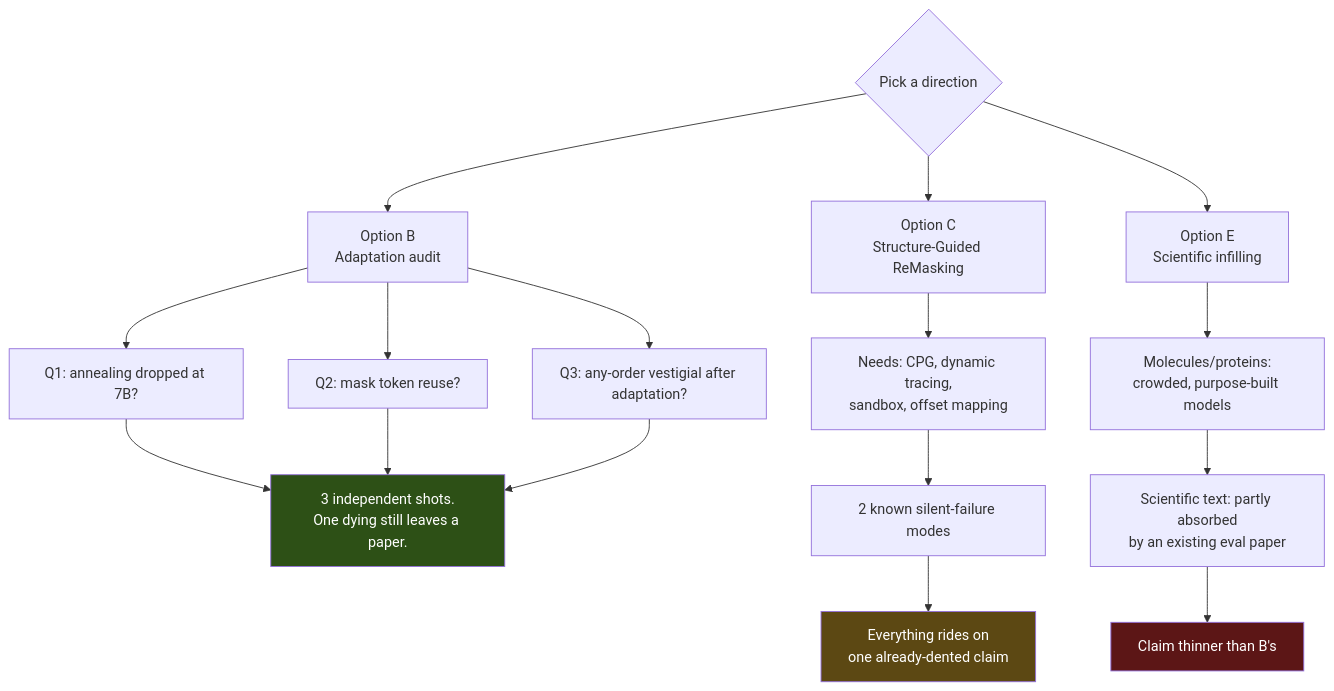
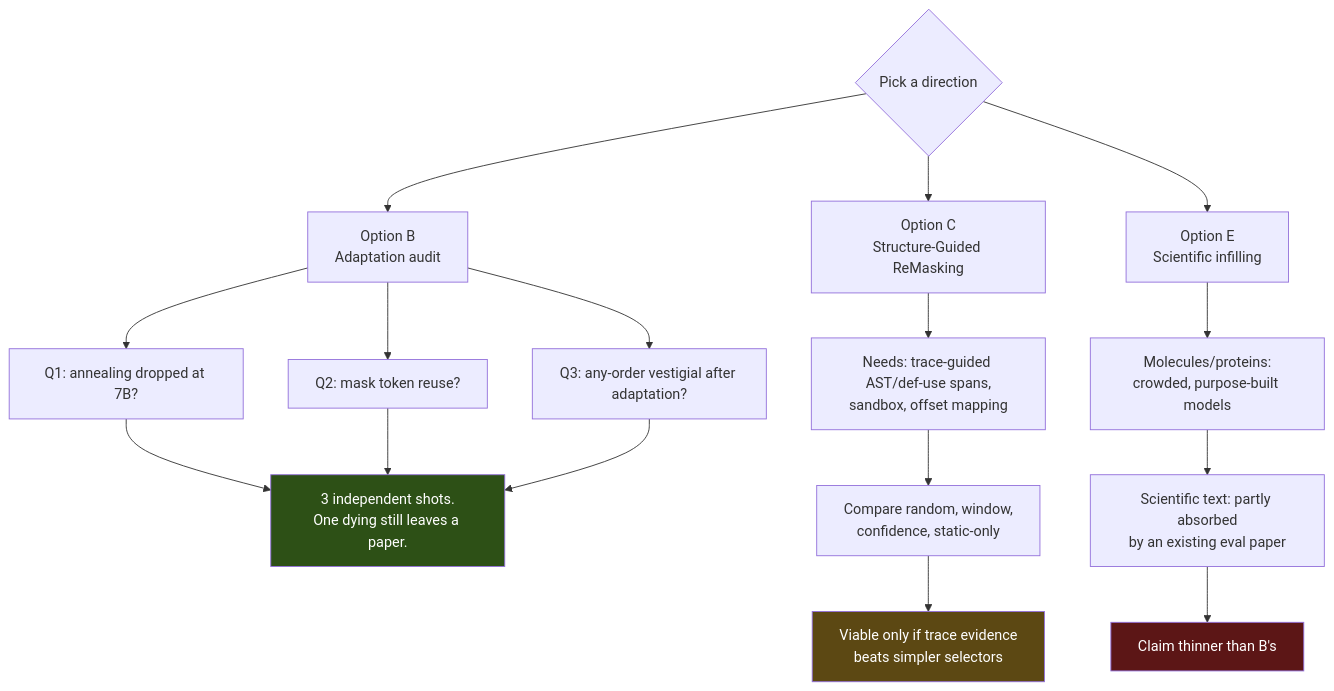
Before and after one commit to jarjlol/diffullama: the second of 5 diagrams in project-docs/07-decision-tree.md, drawn with Mermaid. The commit also changed other lines of this file and 7 other files, not shown here.

Commit message:
docs(project): add trace-guided repair proposal

````diff
--- a/project-docs/07-decision-tree.md
+++ b/project-docs/07-decision-tree.md
@@ -61,23 +61,23 @@
 ```mermaid
 flowchart TD
     START{Pick a direction} --> B[Option B<br/>Adaptation audit]
     START --> C[Option C<br/>Structure-Guided ReMasking]
     START --> E[Option E<br/>Scientific infilling]
 
     B --> B1[Q1: annealing dropped at 7B?]
     B --> B2[Q2: mask token reuse?]
     B --> B3[Q3: any-order vestigial after adaptation?]
     B1 & B2 & B3 --> BV[3 independent shots.<br/>One dying still leaves a paper.]
 
-    C --> C1[Needs: CPG, dynamic tracing,<br/>sandbox, offset mapping]
-    C1 --> C2[2 known silent-failure modes]
-    C2 --> CV[Everything rides on<br/>one already-dented claim]
+    C --> C1[Needs: trace-guided AST/def-use spans,<br/>sandbox, offset mapping]
+    C1 --> C2[Compare random, window,<br/>confidence, static-only]
+    C2 --> CV[Viable only if trace evidence<br/>beats simpler selectors]
 
     E --> E1[Molecules/proteins:<br/>crowded, purpose-built models]
     E1 --> E2[Scientific text: partly absorbed<br/>by an existing eval paper]
     E2 --> EV[Claim thinner than B's]
 
     style BV fill:#2d5016,color:#fff
     style CV fill:#5c4813,color:#fff
     style EV fill:#5c1616,color:#fff
 ```
````
